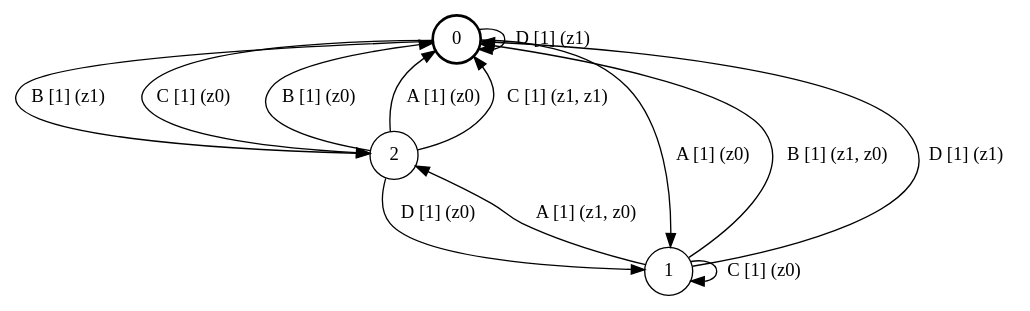
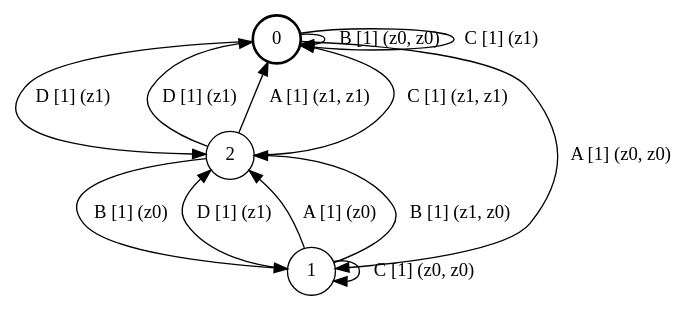
The diagram in qbf/testing/fsm_3s4e2a.dot (ulyantsev/EFSM-tools), drawn with Graphviz before and after one commit. The commit also changed 812 other files, not shown here.

```diff
--- a/qbf/testing/fsm_3s4e2a.dot
+++ b/qbf/testing/fsm_3s4e2a.dot
@@ -1,18 +1,18 @@
 # generated file, don't try to modify
 # command: dot -Tpng <filename> > tree.png
 digraph Automaton {
     node [shape = circle];
     0 [style = "bold"];
-    0 -> 2 [label = "B [1] (z1) "];
-    0 -> 1 [label = "A [1] (z0) "];
-    0 -> 0 [label = "D [1] (z1) "];
-    0 -> 2 [label = "C [1] (z0) "];
-    1 -> 0 [label = "B [1] (z1, z0) "];
-    1 -> 2 [label = "A [1] (z1, z0) "];
-    1 -> 0 [label = "D [1] (z1) "];
-    1 -> 1 [label = "C [1] (z0) "];
-    2 -> 0 [label = "B [1] (z0) "];
-    2 -> 0 [label = "A [1] (z0) "];
-    2 -> 1 [label = "D [1] (z0) "];
+    0 -> 2 [label = "D [1] (z1) "];
+    0 -> 1 [label = "A [1] (z0, z0) "];
+    0 -> 0 [label = "B [1] (z0, z0) "];
+    0 -> 0 [label = "C [1] (z1) "];
+    1 -> 2 [label = "D [1] (z1) "];
+    1 -> 2 [label = "A [1] (z0) "];
+    1 -> 2 [label = "B [1] (z1, z0) "];
+    1 -> 1 [label = "C [1] (z0, z0) "];
+    2 -> 0 [label = "D [1] (z1) "];
+    2 -> 0 [label = "A [1] (z1, z1) "];
+    2 -> 1 [label = "B [1] (z0) "];
     2 -> 0 [label = "C [1] (z1, z1) "];
 }
```
